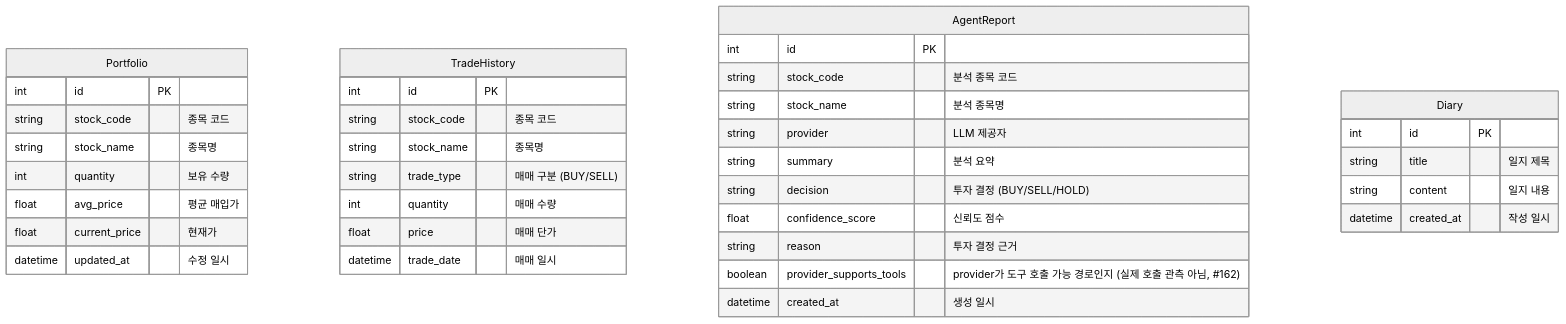
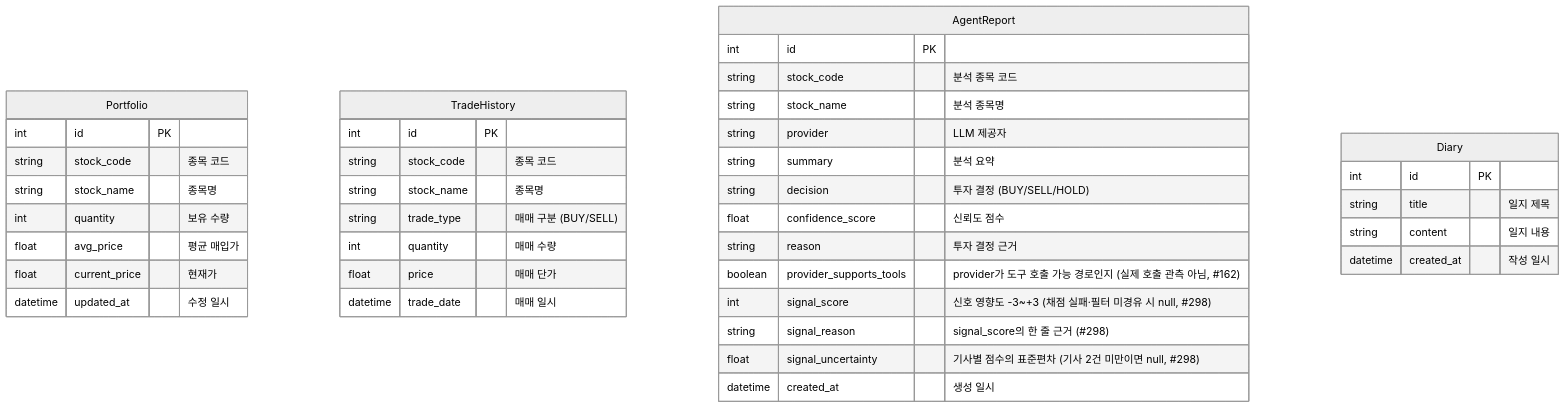
Before and after one commit to FIN-US/fin-us: the diagram in backend/schema_docs.md, drawn with Mermaid (neutral theme).

Commit message:
docs: schema_docs.md에 AgentReport 신호 점수 컬럼을 반영한다 (#298)

````diff
--- a/backend/schema_docs.md
+++ b/backend/schema_docs.md
@@ -7,39 +7,42 @@
 ```mermaid
 erDiagram
     Portfolio {
         int id PK
         string stock_code "종목 코드"
         string stock_name "종목명"
         int quantity "보유 수량"
         float avg_price "평균 매입가"
         float current_price "현재가"
         datetime updated_at "수정 일시"
     }
     TradeHistory {
         int id PK
         string stock_code "종목 코드"
         string stock_name "종목명"
         string trade_type "매매 구분 (BUY/SELL)"
         int quantity "매매 수량"
         float price "매매 단가"
         datetime trade_date "매매 일시"
     }
     AgentReport {
         int id PK
         string stock_code "분석 종목 코드"
         string stock_name "분석 종목명"
         string provider "LLM 제공자"
         string summary "분석 요약"
         string decision "투자 결정 (BUY/SELL/HOLD)"
         float confidence_score "신뢰도 점수"
         string reason "투자 결정 근거"
         boolean provider_supports_tools "provider가 도구 호출 가능 경로인지 (실제 호출 관측 아님, #162)"
+        int signal_score "신호 영향도 -3~+3 (채점 실패·필터 미경유 시 null, #298)"
+        string signal_reason "signal_score의 한 줄 근거 (#298)"
+        float signal_uncertainty "기사별 점수의 표준편차 (기사 2건 미만이면 null, #298)"
         datetime created_at "생성 일시"
     }
     Diary {
         int id PK
         string title "일지 제목"
         string content "일지 내용"
         datetime created_at "작성 일시"
     }
 ```
````
